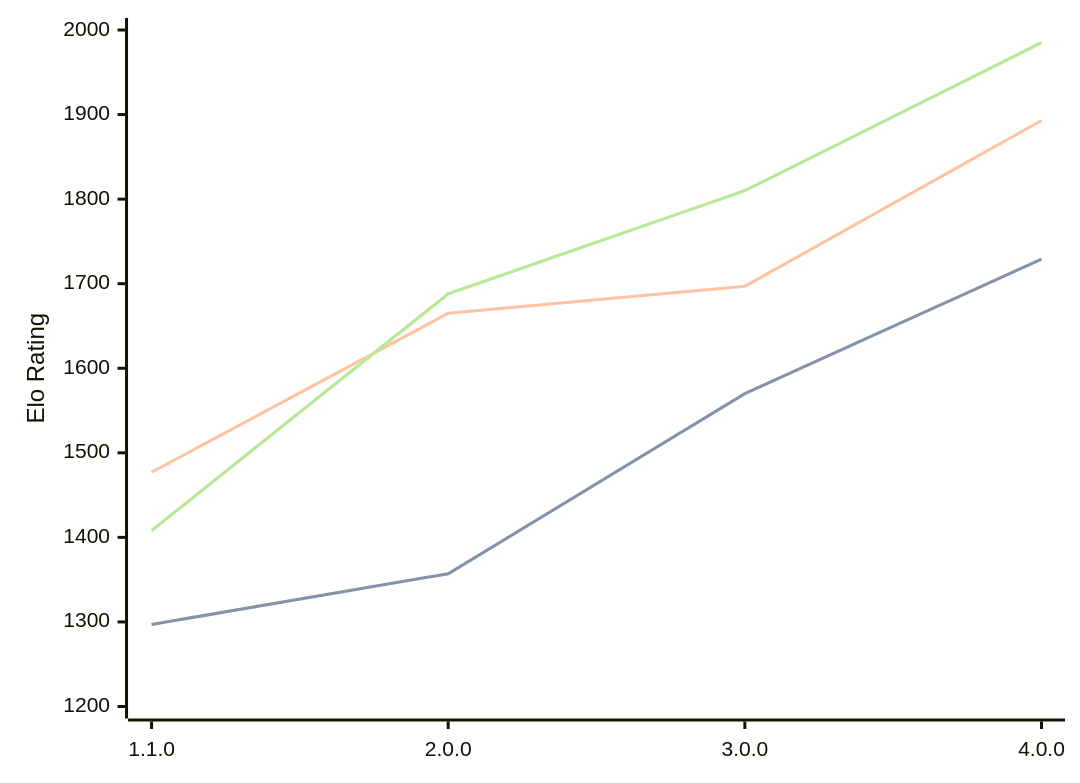
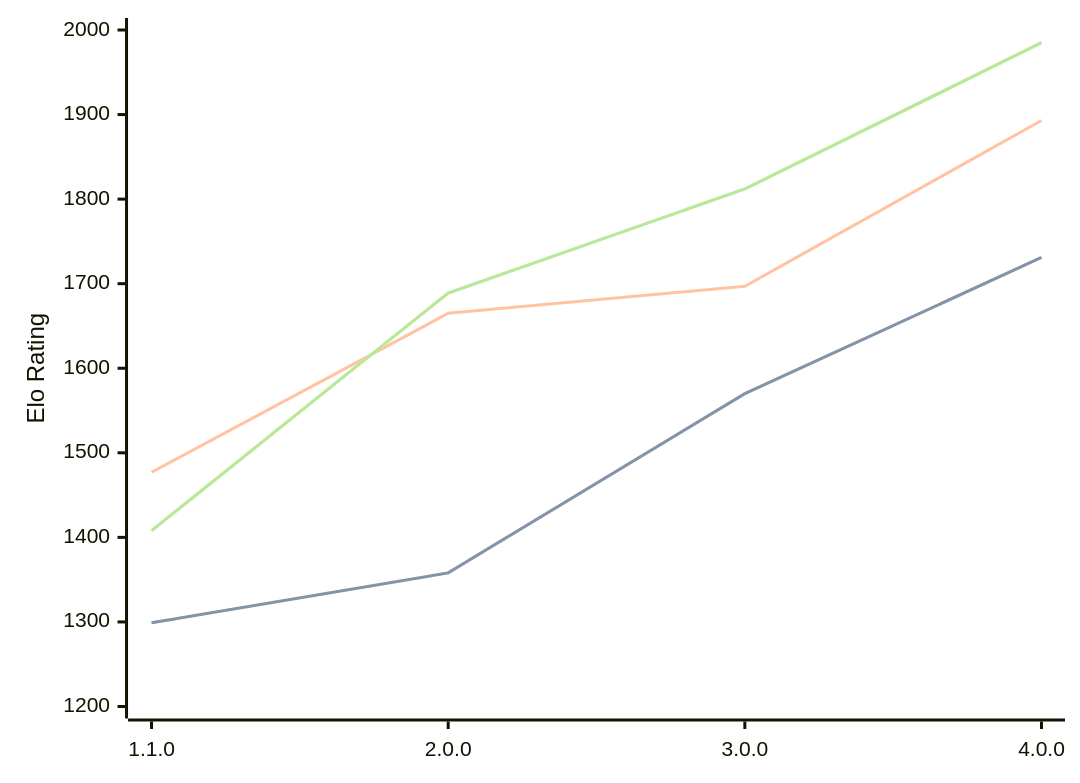
The diagram in engines/Laura.md (computer-chess-index/cci), drawn with Mermaid before and after one commit. The commit also changed other lines of this file, not shown here.

Commit message:
Update CCI Ratings (ELO VLTC) - 2026-09-13

````diff
--- a/engines/Laura.md
+++ b/engines/Laura.md
@@ -34,11 +34,11 @@
 ```mermaid
 %%{init: {"theme":"base","themeVariables":{"seriesColors:['#a3a3a3','#222221','#faa371']}}}%%
 xychart-beta
   x-axis ["1.1.0", "2.0.0", "3.0.0", "4.0.0"]
   y-axis "Elo Rating" 1200 --> 2000
-  line "" [1297, 1357, 1570, 1729]
-  line "STC (8.0+0.08s)" [1297, 1357, 1570, 1729]
+  line "" [1299, 1358, 1570, 1731]
+  line "STC (8.0+0.08s)" [1299, 1358, 1570, 1731]
   line "LTC (60.0+0.60s)" [1477, 1665, 1697, 1893]
-  line "" [1408, 1688, 1810, 1985]
-  line "VLTC (2m24s+1.12s)" [1408, 1688, 1810, 1985]
+  line "" [1408, 1689, 1812, 1985]
+  line "VLTC (2m24s+1.12s)" [1408, 1689, 1812, 1985]
 ```
````
